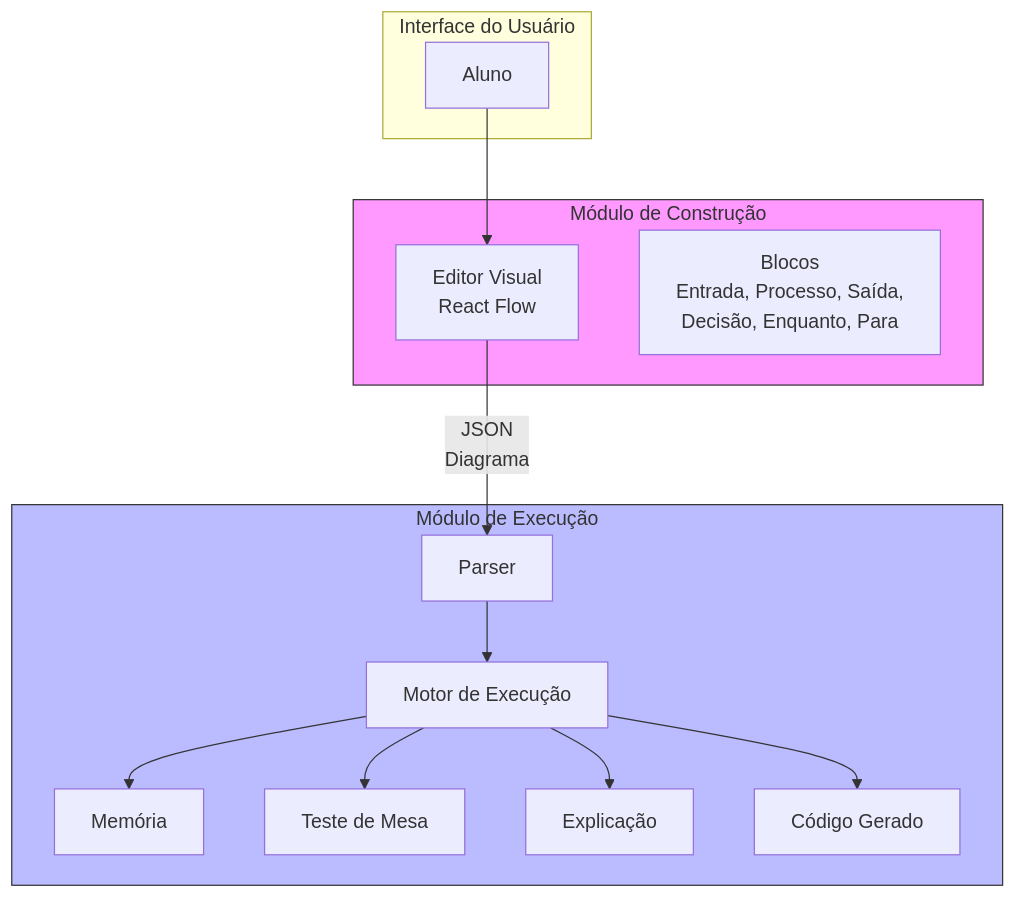
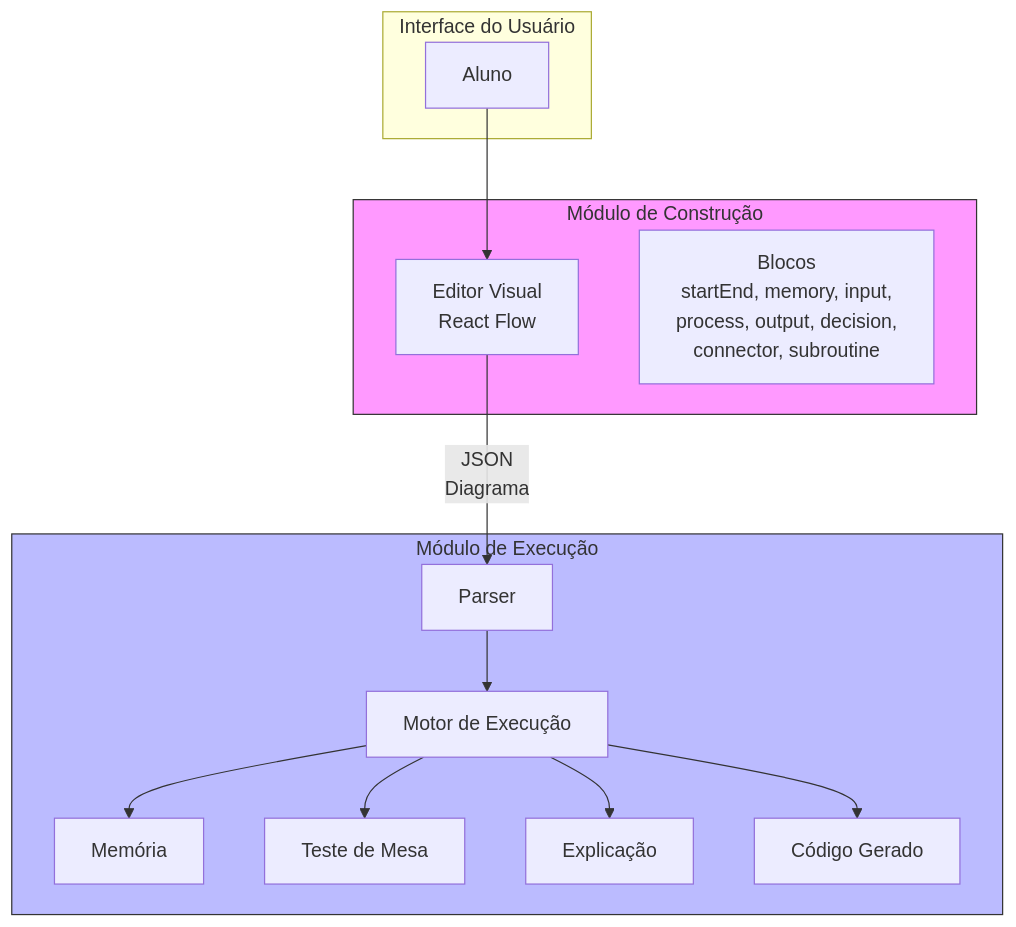
One commit to si-utfpr-gp/blade changed the first of 7 diagrams in docs/ssd.md. Above: the diagram before and after it, drawn with Mermaid. The commit also changed other lines of this file and 2 other files, not shown here.

````diff
--- a/docs/ssd.md
+++ b/docs/ssd.md
@@ -53,31 +53,31 @@
 ```mermaid
 graph TB
     subgraph UI["Interface do Usuário"]
         A[Aluno]
     end
 
     subgraph BUILDER["Módulo de Construção"]
         B[Editor Visual<br/>React Flow]
-        C[Blocos<br/>Entrada, Processo, Saída,<br/>Decisão, Enquanto, Para]
+        C[Blocos<br/>startEnd, memory, input,<br/>process, output, decision,<br/>connector, subroutine]
     end
 
     subgraph EXECUTION["Módulo de Execução"]
         D[Parser]
         E[Motor de Execução]
         F[Memória]
         G[Teste de Mesa]
         H[Explicação]
         I[Código Gerado]
     end
 
     A --> B
     B -- "JSON\nDiagrama" --> D
     D --> E
     E --> F
     E --> G
     E --> H
     E --> I
 
     style BUILDER fill:#f9f,stroke:#333
     style EXECUTION fill:#bbf,stroke:#333
 ```
````
